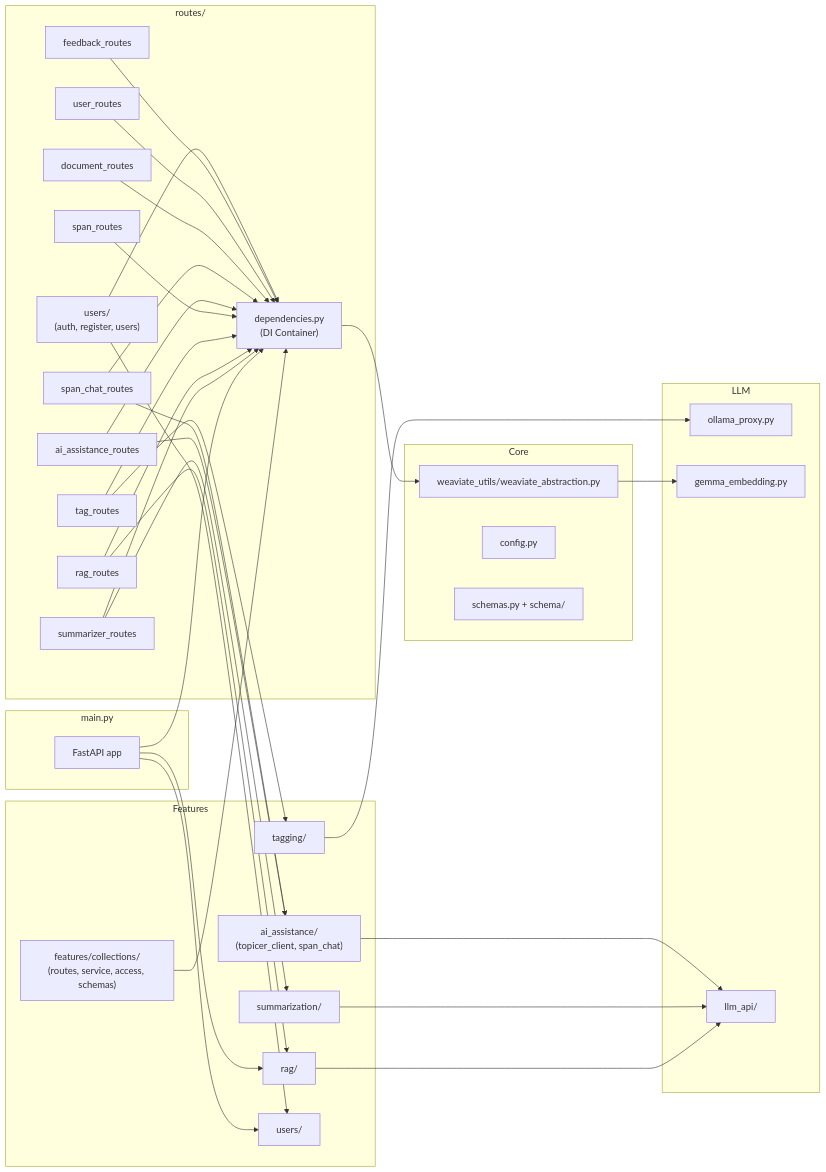
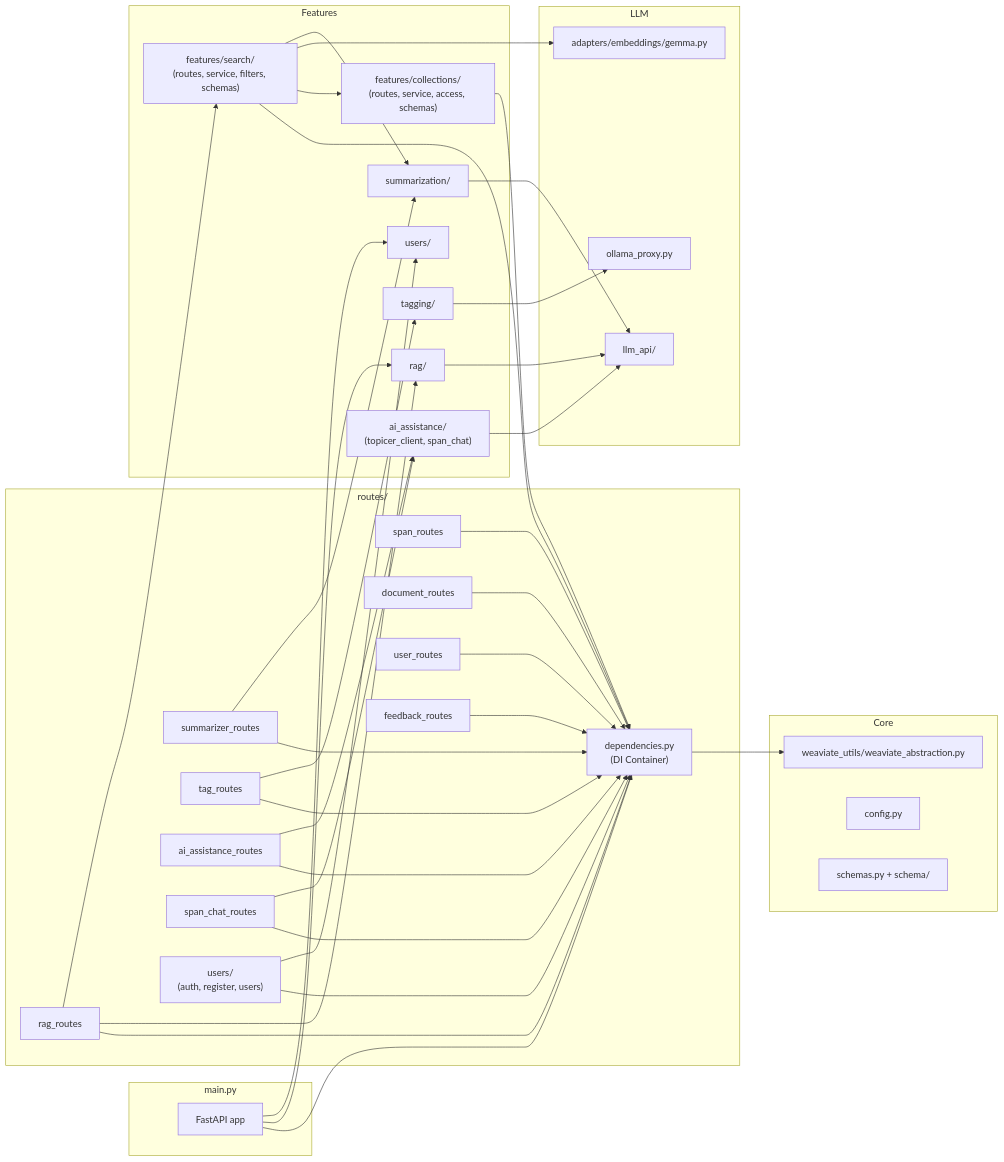
One commit to DCGM/semant-demo changed the second of 6 diagrams in docs/ARCHITECTURE.md. Above: the diagram before and after it, drawn with Mermaid. The commit also changed other lines of this file and 39 other files, not shown here.

First line of the commit message:
Move Search into a feature service and a Weaviate search adapter (#205)

````diff
--- a/docs/ARCHITECTURE.md
+++ b/docs/ARCHITECTURE.md
@@ -54,56 +54,60 @@
 ```mermaid
 flowchart LR
     subgraph main.py
         APP[FastAPI app]
     end
 
     subgraph routes/
         DI["dependencies.py<br/>(DI Container)"]
         SUM_R[summarizer_routes]
         RAG_R[rag_routes]
         TAG_R[tag_routes]
         SPAN_R[span_routes]
         AI_R[ai_assistance_routes]
         CHAT_R[span_chat_routes]
         DOC_R[document_routes]
         USR_R[user_routes]
         FB_R[feedback_routes]
         AUTH_R["users/<br/>(auth, register, users)"]
     end
 
     subgraph Core
         WS[weaviate_utils/weaviate_abstraction.py]
         CFG[config.py]
         SCH["schemas.py + schema/"]
     end
 
     subgraph LLM
         OLLP[ollama_proxy.py]
-        GEMMA[gemma_embedding.py]
+        GEMMA[adapters/embeddings/gemma.py]
         LLM_API[llm_api/]
     end
 
     subgraph Features
         RAG_F[rag/]
         SUM[summarization/]
         TAG_F[tagging/]
         AI_F["ai_assistance/<br/>(topicer_client, span_chat)"]
         USERS[users/]
         COL_F["features/collections/<br/>(routes, service, access, schemas)"]
+        SEARCH_F["features/search/<br/>(routes, service, filters, schemas)"]
     end
 
     APP --> DI & RAG_F & USERS
-    SUM_R & RAG_R & TAG_R & SPAN_R & AI_R & CHAT_R & DOC_R & COL_F & USR_R & FB_R & AUTH_R --> DI
+    SUM_R & RAG_R & TAG_R & SPAN_R & AI_R & CHAT_R & DOC_R & COL_F & SEARCH_F & USR_R & FB_R & AUTH_R --> DI
     DI --> WS
     RAG_R --> RAG_F
+    RAG_R --> SEARCH_F
+    SEARCH_F --> COL_F
+    SEARCH_F --> GEMMA
+    SEARCH_F --> SUM
     SUM_R --> SUM
     TAG_R --> TAG_F
     AI_R --> AI_F
     CHAT_R --> AI_F
-    WS --> GEMMA
     RAG_F --> LLM_API
     SUM --> LLM_API
     TAG_F --> OLLP
     AI_F --> LLM_API
     AUTH_R --> USERS
 ```
````
